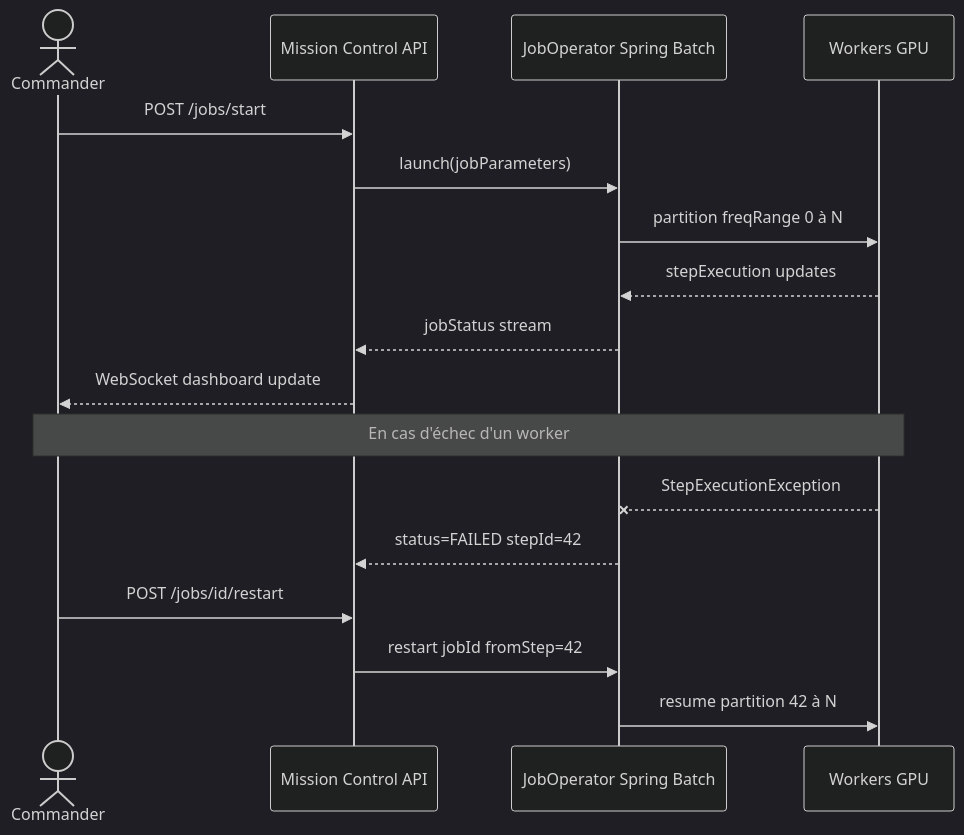
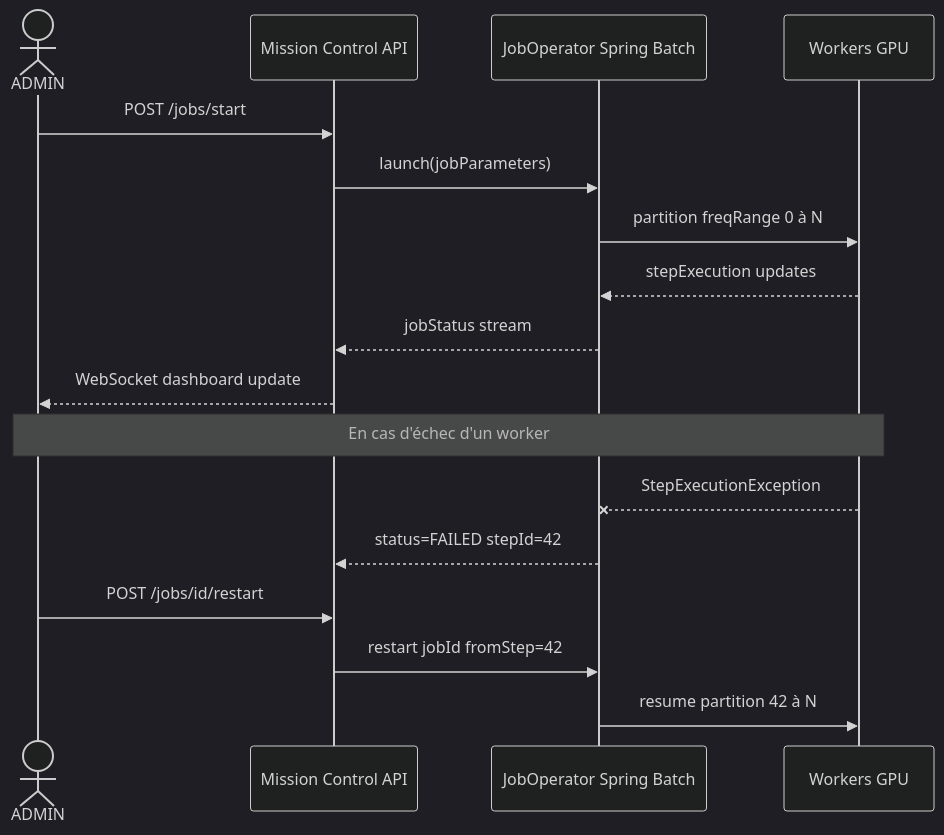
The fourth of 9 diagrams in docs/STARWAVE_fonctionnel.md (jeanyvesruffin/STARWAVE), drawn with Mermaid (dark theme) before and after one commit. The commit also changed other lines of this file and 3 other files, not shown here.

````diff
--- a/docs/STARWAVE_fonctionnel.md
+++ b/docs/STARWAVE_fonctionnel.md
@@ -109,21 +109,21 @@
 ```mermaid
 sequenceDiagram
-    actor Cmd as Commander
+    actor Cmd as ADMIN
     participant MC as Mission Control API
     participant JO as JobOperator Spring Batch
     participant W as Workers GPU
 
     Cmd->>MC: POST /jobs/start
     MC->>JO: launch(jobParameters)
     JO->>W: partition freqRange 0 à N
     W-->>JO: stepExecution updates
     JO-->>MC: jobStatus stream
     MC-->>Cmd: WebSocket dashboard update
 
     Note over Cmd,W: En cas d'échec d'un worker
     W--xJO: StepExecutionException
     JO-->>MC: status=FAILED stepId=42
     Cmd->>MC: POST /jobs/id/restart
     MC->>JO: restart jobId fromStep=42
     JO->>W: resume partition 42 à N
 ```
````
